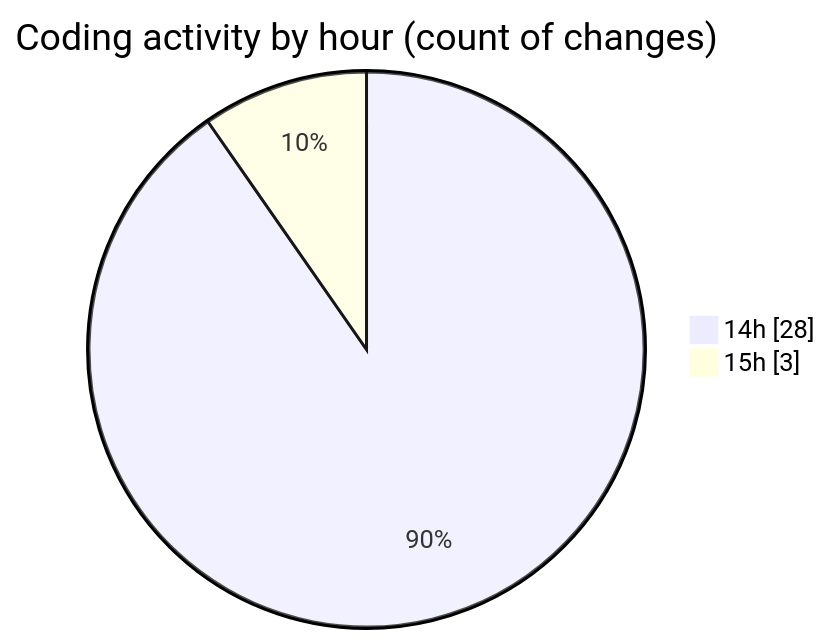
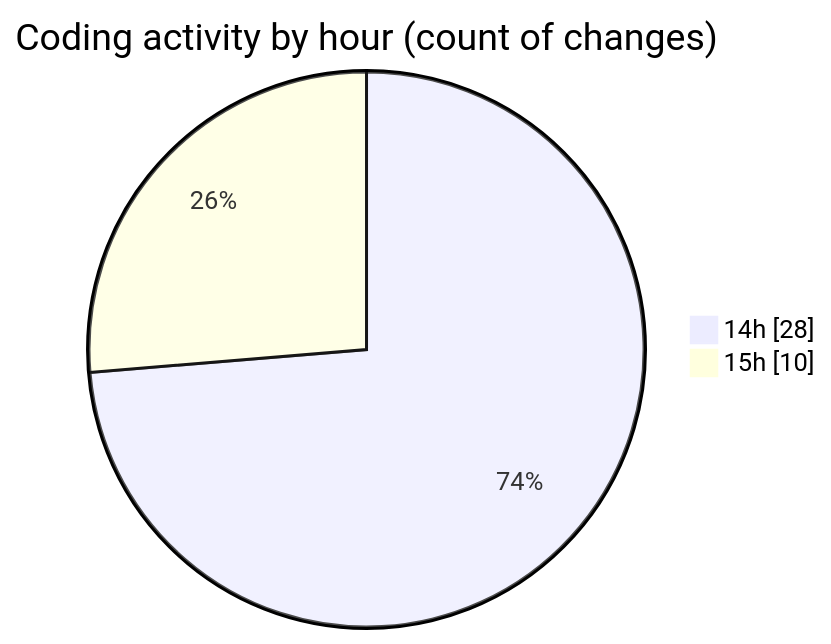
One commit to Ritupan-Deka/code-tracking changed the second of 2 diagrams in 2025-07-01/urlwebwalatask/README.md. Above: the diagram before and after it, drawn with Mermaid. The commit also changed other lines of this file and 1 other file, not shown here.

````diff
--- a/2025-07-01/urlwebwalatask/README.md
+++ b/2025-07-01/urlwebwalatask/README.md
@@ -38,6 +40,6 @@
 ```mermaid
 pie showData
 title Coding activity by hour (count of changes)
 "14h" : 28
-"15h" : 3
+"15h" : 10
 ```
````
